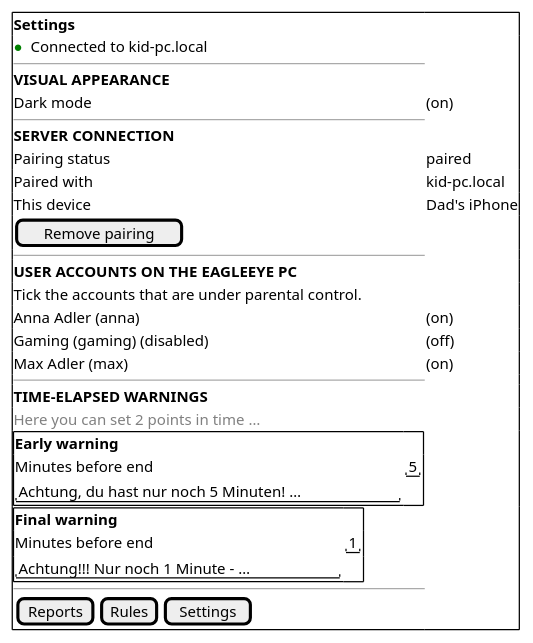
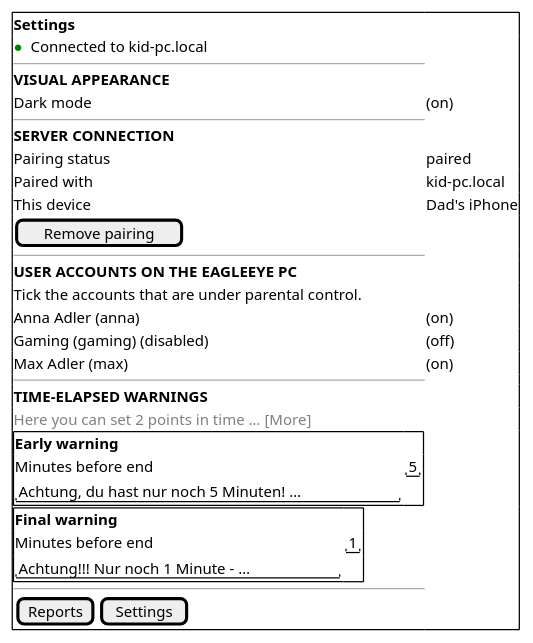
The second of 5 diagrams in 02_Implementation/docs/requirements/user-stories/US-007/user-story.md (adlemich/EagleEye), drawn with PlantUML before and after one commit. The commit also changed other lines of this file and 2 other files, not shown here.

Commit message:
US-007: Story approved, split (Rules deferred to US-008), open questions resolved

````diff
--- a/02_Implementation/docs/requirements/user-stories/US-007/user-story.md
+++ b/02_Implementation/docs/requirements/user-stories/US-007/user-story.md
@@ -324,34 +312,34 @@
 ```plantuml
 @startsalt
 {+
   <b>Settings
   <color:green>●</color> Connected to kid-pc.local
   ---
   <b>VISUAL APPEARANCE
   Dark mode | (on)
   ---
   <b>SERVER CONNECTION
   Pairing status | paired
   Paired with | kid-pc.local
   This device | Dad's iPhone
   [ Remove pairing ]
   ---
   <b>USER ACCOUNTS ON THE EAGLEEYE PC
   Tick the accounts that are under parental control.
   Anna Adler (anna) | (on)
   Gaming (gaming) (disabled) | (off)
   Max Adler (max) | (on)
   ---
   <b>TIME-ELAPSED WARNINGS
-  <color:gray>Here you can set 2 points in time …
+  <color:gray>Here you can set 2 points in time … [More]
   {+ <b>Early warning
      Minutes before end | "5"
      "Achtung, du hast nur noch 5 Minuten! …" }
   {+ <b>Final warning
      Minutes before end | "1"
      "Achtung!!! Nur noch 1 Minute – …" }
   ---
-  { [Reports] | [Rules] | [Settings] }
+  { [Reports] | [Settings] }
 }
 @endsalt
 ```
````
